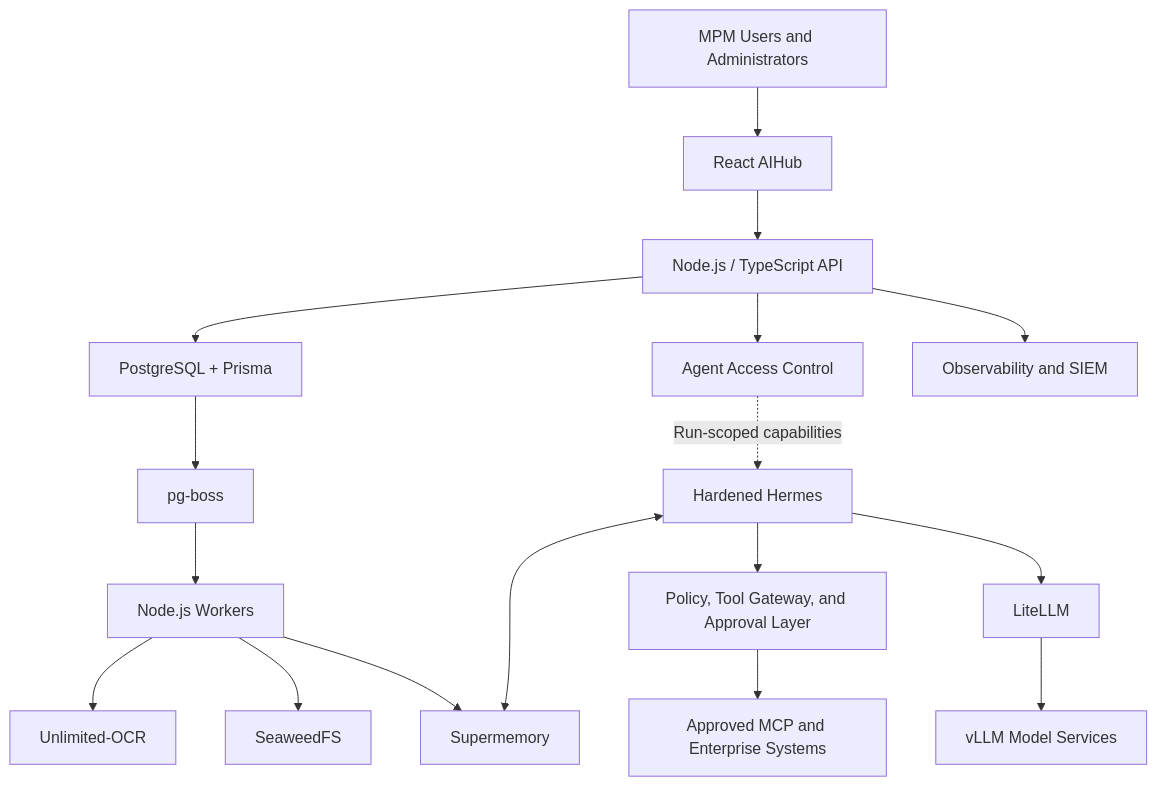
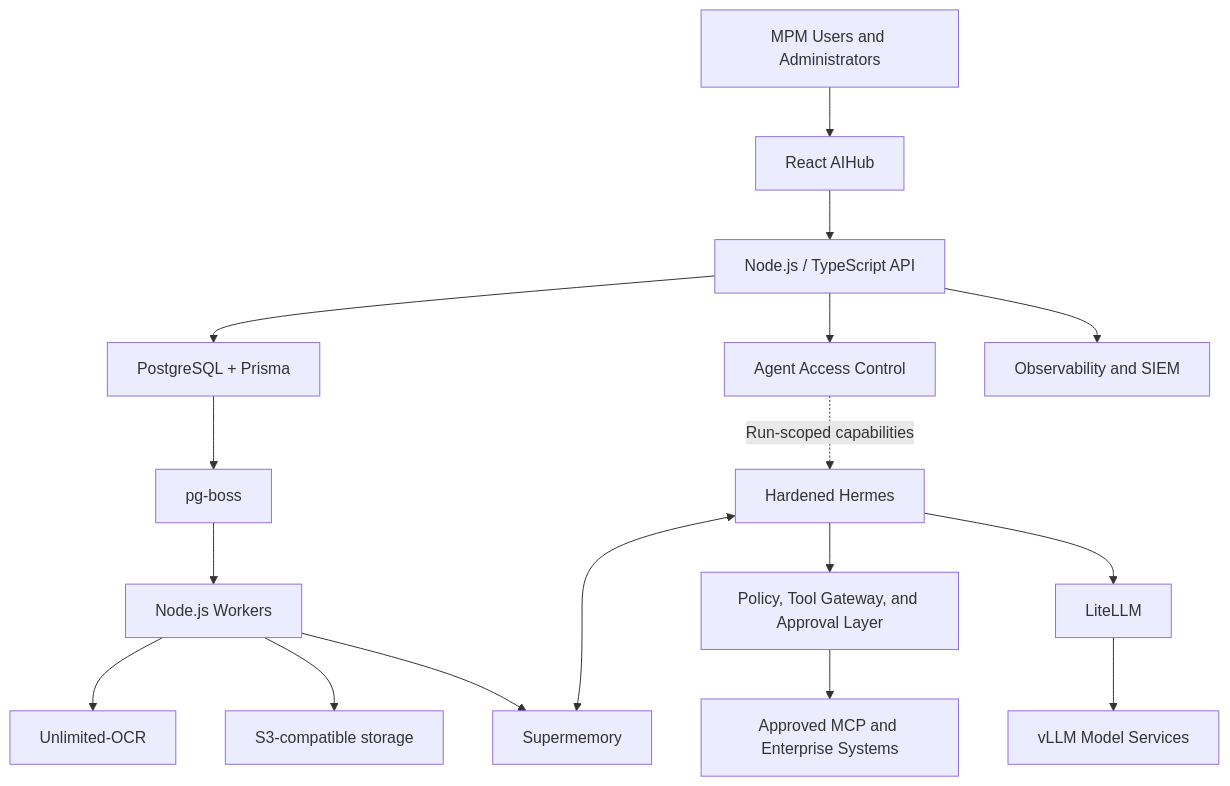
One commit to multichainerz/AI changed the diagram in docs/AIHUB_PRD.md. Above: the diagram before and after it, drawn with Mermaid. The commit also changed other lines of this file and 35 other files, not shown here.

````diff
--- a/docs/AIHUB_PRD.md
+++ b/docs/AIHUB_PRD.md
@@ -415,24 +415,24 @@
 ```mermaid
 flowchart TB
     U["MPM Users and Administrators"] --> W["React AIHub"]
     W --> A["Node.js / TypeScript API"]
 
     A --> P["PostgreSQL + Prisma"]
     P --> Q["pg-boss"]
     Q --> WK["Node.js Workers"]
 
     A --> C["Agent Access Control"]
     C -. "Run-scoped capabilities" .-> H["Hardened Hermes"]
     H --> G["Policy, Tool Gateway, and Approval Layer"]
     G --> MCP["Approved MCP and Enterprise Systems"]
 
     H --> L["LiteLLM"]
     L --> V["vLLM Model Services"]
 
     WK --> O["Unlimited-OCR"]
-    WK --> S["SeaweedFS"]
+    WK --> S["S3-compatible storage"]
     WK --> M["Supermemory"]
     H <--> M
 
     A --> OBS["Observability and SIEM"]
 ```
````
